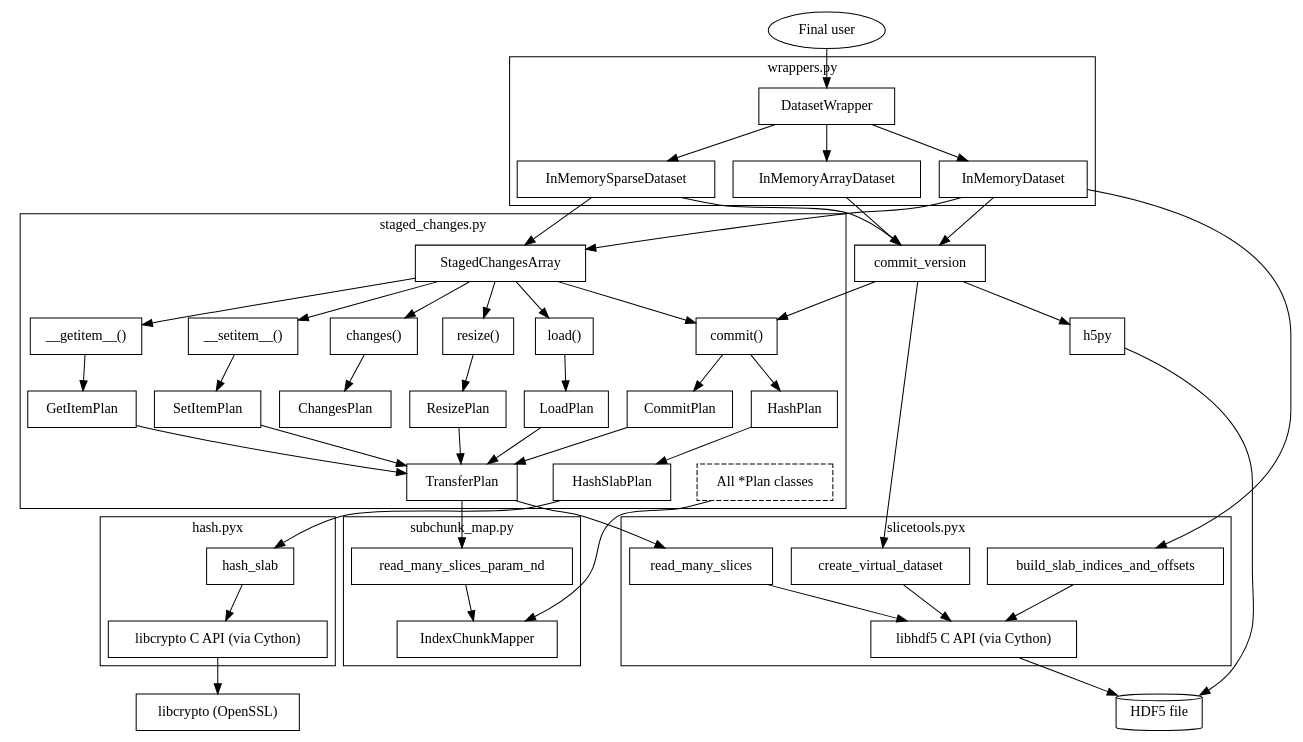
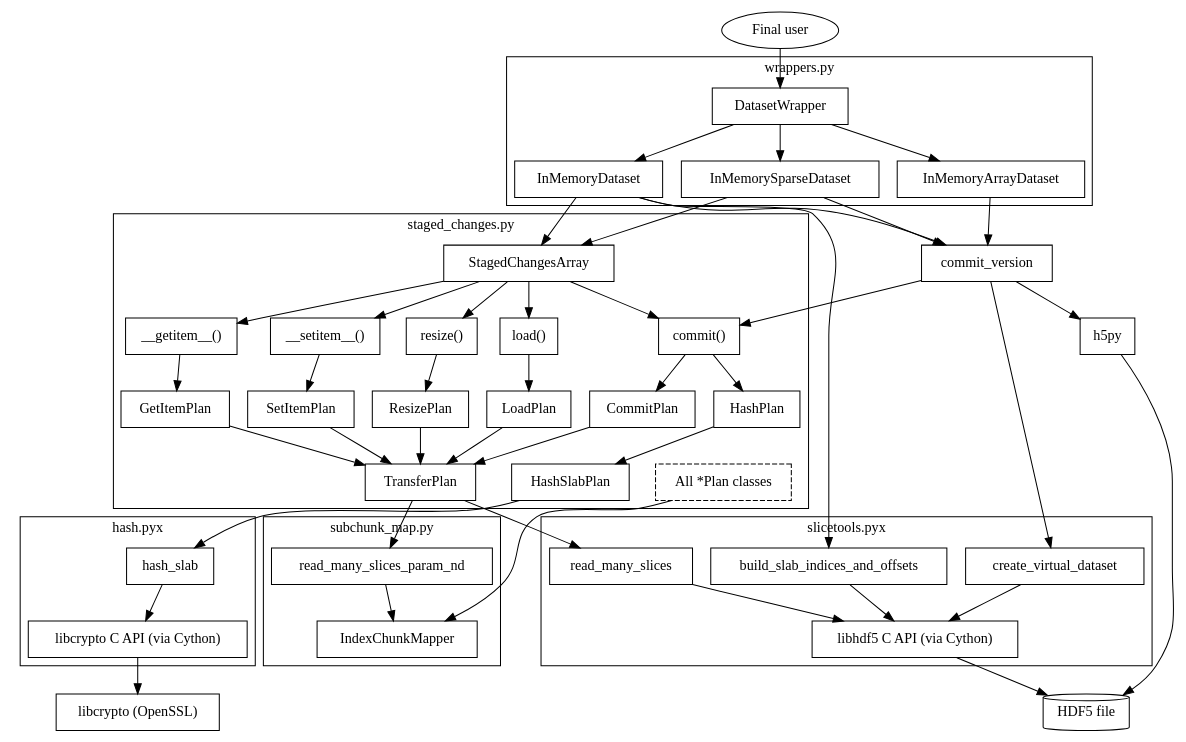
Before and after one commit to deshaw/versioned-hdf5: the diagram in docs/staged_changes.rst, drawn with Graphviz. The commit also changed 8 other files, not shown here.

```diff
--- a/docs/staged_changes.rst
+++ b/docs/staged_changes.rst
@@ -525,7 +525,6 @@
           setitem [label="__setitem__()"]
           resize [label="resize()"]
           load [label="load()"]
-          changes [label="changes()"]
           commit [label="commit()"]
           all_plans [label="All \*Plan classes", style="dashed"]
 
@@ -533,7 +532,6 @@
           StagedChangesArray -> setitem -> SetItemPlan -> TransferPlan;
           StagedChangesArray -> resize -> ResizePlan -> TransferPlan;
           StagedChangesArray -> load -> LoadPlan -> TransferPlan;
-          StagedChangesArray -> changes -> ChangesPlan;
           StagedChangesArray -> commit -> CommitPlan -> TransferPlan;
           commit -> HashPlan -> HashSlabPlan;
 
```
